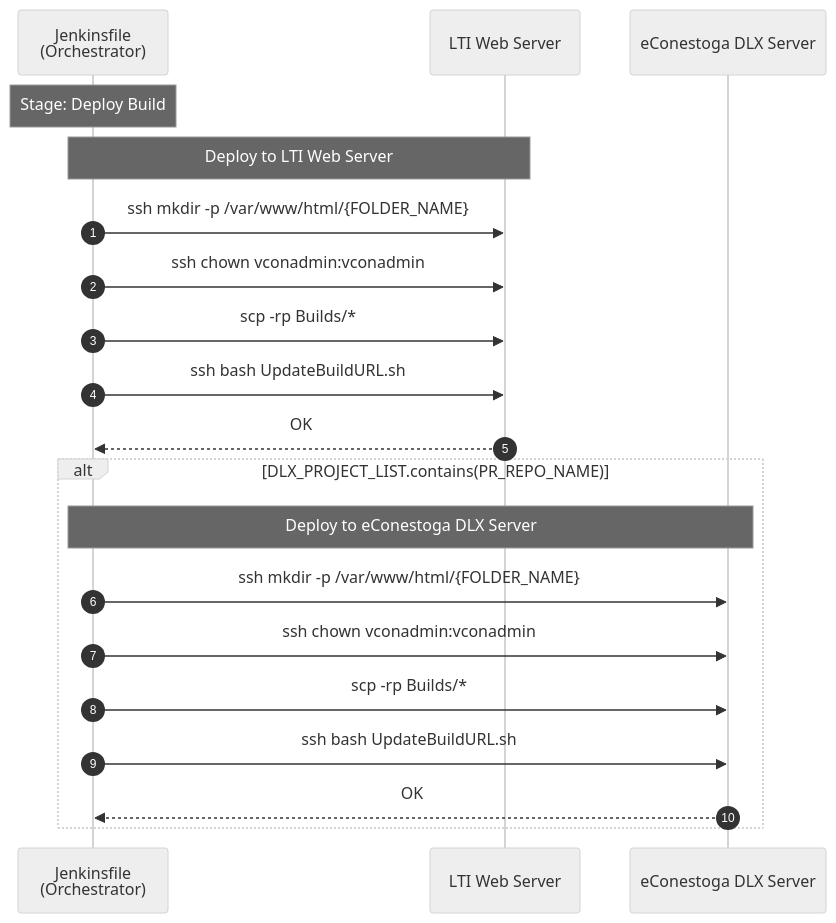
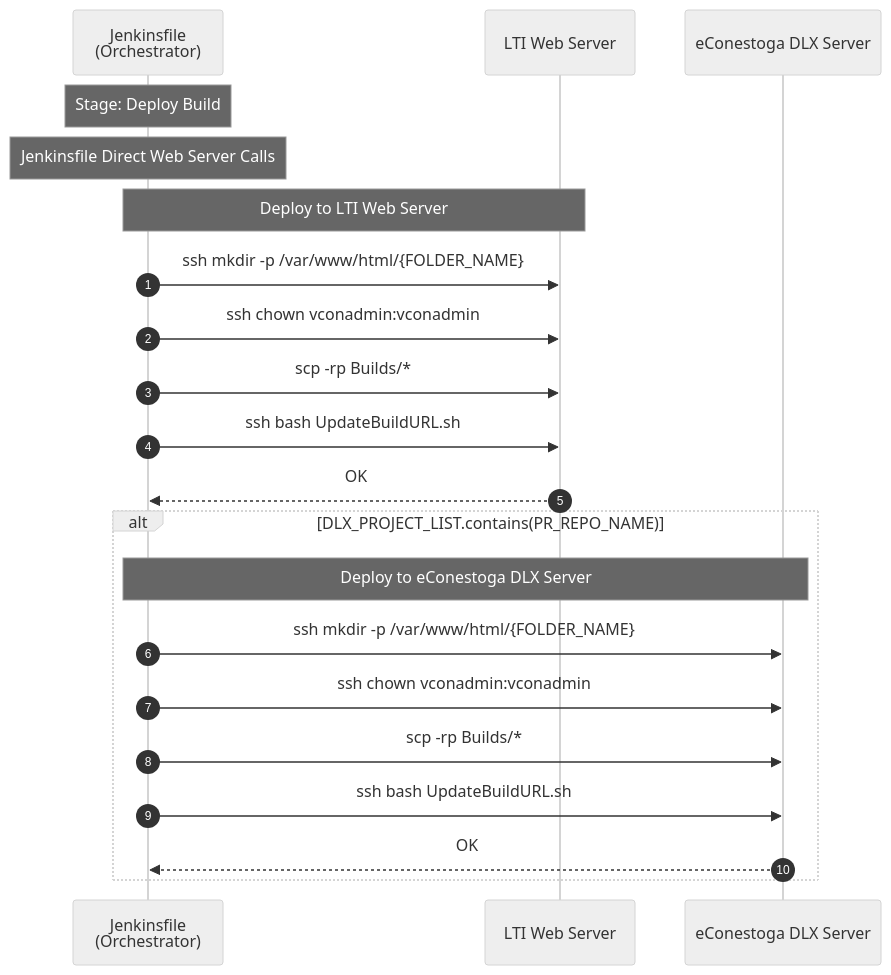
Before and after one commit to JindoKimKor/Self-Binnacle: the eighth of 9 diagrams in Voyages/Projects/VARLab-work-transfer/portfolios/devops-jenkins-linux/4-layer-architecture-and-logger-system-integration/problem-analysis/pipeline-sequence-diagrams/dlx-cd.md, drawn with Mermaid (neutral theme). The commit also changed other lines of this file and 55 other files, not shown here.

First line of the commit message:
refactor(4-layer-architecture): Standardize analysis document naming and format

````diff
--- a/Voyages/Projects/VARLab-work-transfer/portfolios/devops-jenkins-linux/4-layer-architecture-and-logger-system-integration/problem-analysis/pipeline-sequence-diagrams/dlx-cd.md
+++ b/Voyages/Projects/VARLab-work-transfer/portfolios/devops-jenkins-linux/4-layer-architecture-and-logger-system-integration/problem-analysis/pipeline-sequence-diagrams/dlx-cd.md
@@ -241,26 +271,27 @@
 ```mermaid
 sequenceDiagram
     autonumber
 
     participant JF as Jenkinsfile<br/>(Orchestrator)
     participant WS1 as LTI Web Server
     participant WS2 as eConestoga DLX Server
 
     Note over JF: Stage: Deploy Build
+    Note over JF: Jenkinsfile Direct Web Server Calls
 
     Note over JF,WS1: Deploy to LTI Web Server
     JF->>WS1: ssh mkdir -p /var/www/html/{FOLDER_NAME}
     JF->>WS1: ssh chown vconadmin:vconadmin
     JF->>WS1: scp -rp Builds/*
     JF->>WS1: ssh bash UpdateBuildURL.sh
     WS1-->>JF: OK
 
     alt DLX_PROJECT_LIST.contains(PR_REPO_NAME)
         Note over JF,WS2: Deploy to eConestoga DLX Server
         JF->>WS2: ssh mkdir -p /var/www/html/{FOLDER_NAME}
         JF->>WS2: ssh chown vconadmin:vconadmin
         JF->>WS2: scp -rp Builds/*
         JF->>WS2: ssh bash UpdateBuildURL.sh
         WS2-->>JF: OK
     end
 ```
````
